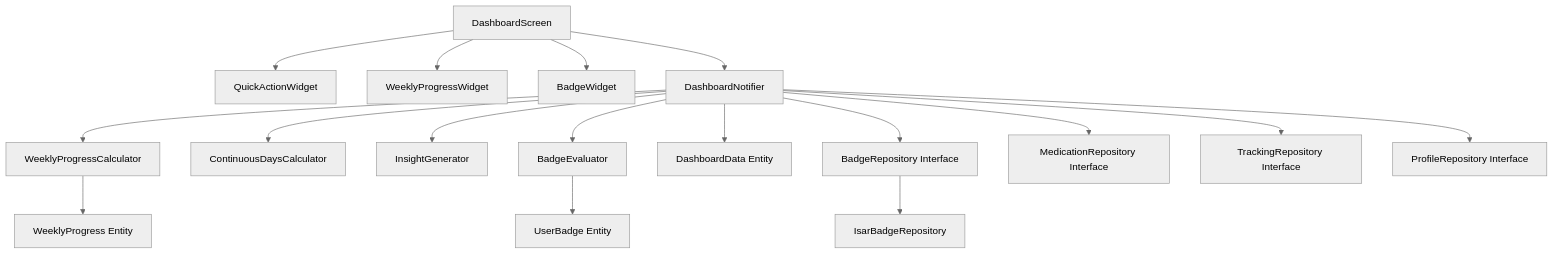
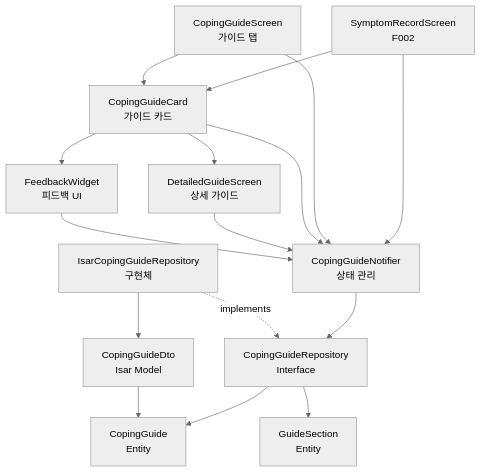
One commit to pcepyon/n06 changed the diagram in docs/006/plan.md. Above: the diagram before and after it, drawn with Mermaid (neutral theme). The commit also changed other lines of this file and 18 other files, not shown here.

````diff
--- a/docs/006/plan.md
+++ b/docs/006/plan.md
@@ -29,52 +24,41 @@
 ```mermaid
 graph TD
     %% Presentation Layer
-    DashboardScreen[DashboardScreen]
-    QuickActionWidget[QuickActionWidget]
-    WeeklyProgressWidget[WeeklyProgressWidget]
-    BadgeWidget[BadgeWidget]
+    SymptomRecordScreen[SymptomRecordScreen<br/>F002]
+    CopingGuideScreen[CopingGuideScreen<br/>가이드 탭]
+    CopingGuideCard[CopingGuideCard<br/>가이드 카드]
+    DetailedGuideScreen[DetailedGuideScreen<br/>상세 가이드]
+    FeedbackWidget[FeedbackWidget<br/>피드백 UI]
 
     %% Application Layer
-    DashboardNotifier[DashboardNotifier]
+    CopingGuideNotifier[CopingGuideNotifier<br/>상태 관리]
 
     %% Domain Layer
-    WeeklyProgressCalc[WeeklyProgressCalculator]
-    ContinuousDaysCalc[ContinuousDaysCalculator]
-    InsightGen[InsightGenerator]
-    BadgeEval[BadgeEvaluator]
-
-    %% Domain Entities
-    DashboardData[DashboardData Entity]
-    WeeklyProgress[WeeklyProgress Entity]
-    UserBadge[UserBadge Entity]
-
-    %% Repository Interfaces
-    BadgeRepoInterface[BadgeRepository Interface]
-    MedicationRepoInterface[MedicationRepository Interface]
-    TrackingRepoInterface[TrackingRepository Interface]
-    ProfileRepoInterface[ProfileRepository Interface]
+    CopingGuideRepoInterface[CopingGuideRepository<br/>Interface]
+    CopingGuide[CopingGuide<br/>Entity]
+    GuideSection[GuideSection<br/>Entity]
 
     %% Infrastructure Layer
-    BadgeRepoImpl[IsarBadgeRepository]
+    IsarCopingGuideRepo[IsarCopingGuideRepository<br/>구현체]
+    CopingGuideDto[CopingGuideDto<br/>Isar Model]
 
-    %% Dependencies
-    DashboardScreen --> DashboardNotifier
-    DashboardScreen --> QuickActionWidget
-    DashboardScreen --> WeeklyProgressWidget
-    DashboardScreen --> BadgeWidget
+    %% 관계
+    SymptomRecordScreen --> CopingGuideCard
+    CopingGuideScreen --> CopingGuideCard
+    CopingGuideCard --> DetailedGuideScreen
+    CopingGuideCard --> FeedbackWidget
 
-    DashboardNotifier --> WeeklyProgressCalc
-    DashboardNotifier --> ContinuousDaysCalc
-    DashboardNotifier --> InsightGen
-    DashboardNotifier --> BadgeEval
-    DashboardNotifier --> BadgeRepoInterface
-    DashboardNotifier --> MedicationRepoInterface
-    DashboardNotifier --> TrackingRepoInterface
-    DashboardNotifier --> ProfileRepoInterface
+    SymptomRecordScreen --> CopingGuideNotifier
+    CopingGuideScreen --> CopingGuideNotifier
+    CopingGuideCard --> CopingGuideNotifier
+    DetailedGuideScreen --> CopingGuideNotifier
+    FeedbackWidget --> CopingGuideNotifier
 
-    WeeklyProgressCalc --> WeeklyProgress
-    BadgeEval --> UserBadge
-    DashboardNotifier --> DashboardData
+    CopingGuideNotifier --> CopingGuideRepoInterface
+    CopingGuideRepoInterface --> CopingGuide
+    CopingGuideRepoInterface --> GuideSection
 
-    BadgeRepoInterface --> BadgeRepoImpl
+    IsarCopingGuideRepo .->|implements| CopingGuideRepoInterface
+    IsarCopingGuideRepo --> CopingGuideDto
+    CopingGuideDto --> CopingGuide
 ```
````
